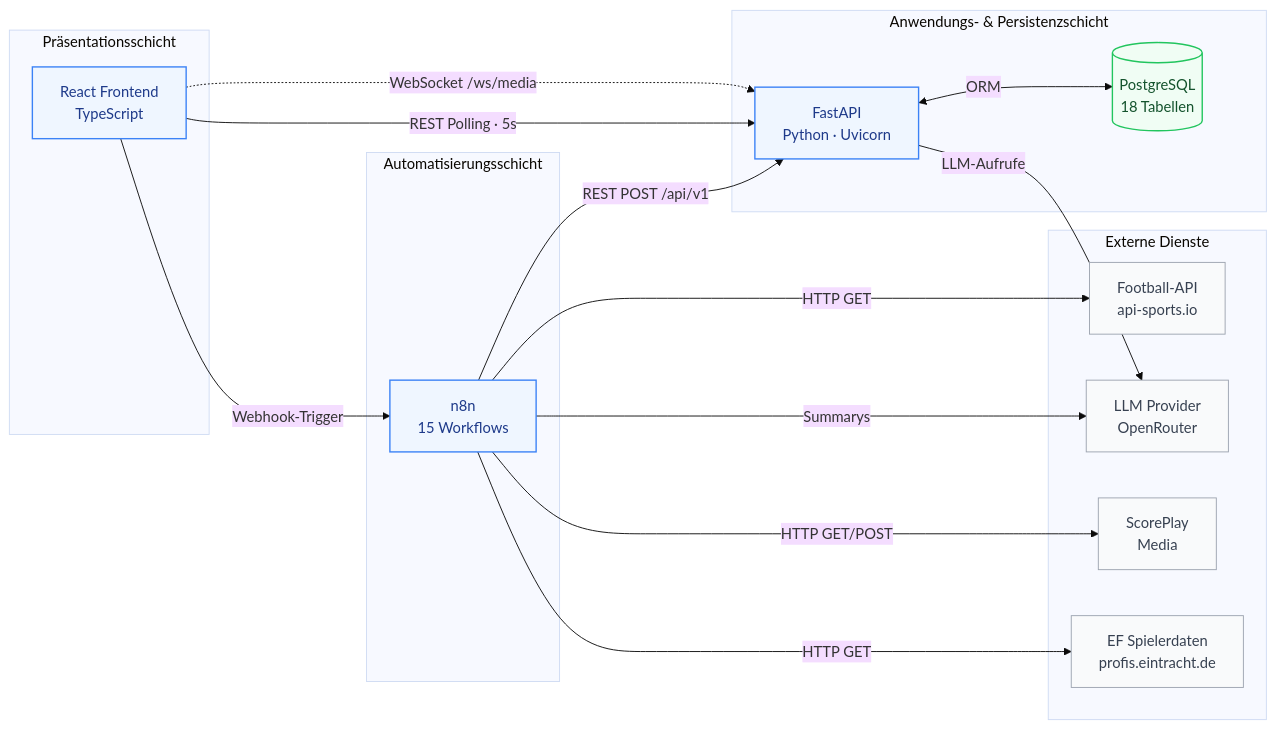
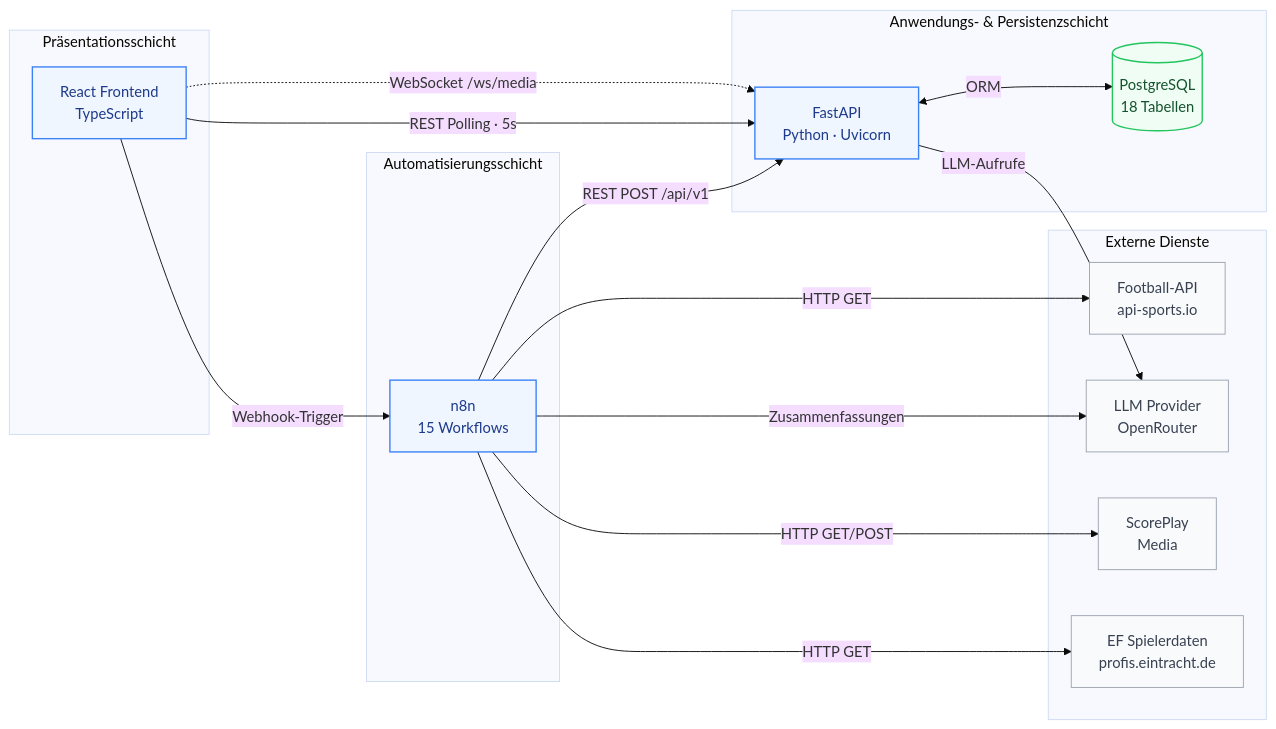
Before and after one commit to JonasKimmer/liveticker-eintracht: the first of 8 diagrams in docs/kapitel4_systemkonzeption.md, drawn with Mermaid (base theme). The commit also changed other lines of this file and 7 other files, not shown here.

````diff
--- a/docs/kapitel4_systemkonzeption.md
+++ b/docs/kapitel4_systemkonzeption.md
@@ -17,45 +17,45 @@
 ```mermaid
 graph LR
     classDef schicht fill:#EFF6FF,stroke:#3B82F6,stroke-width:1.5px,color:#1E3A8A
     classDef extern fill:#F9FAFB,stroke:#9CA3AF,stroke-width:1px,color:#374151
     classDef db fill:#F0FDF4,stroke:#22C55E,stroke-width:1.5px,color:#14532D
 
     subgraph EXT["  Externe Dienste  "]
         FAPI["Football-API\napi-sports.io"]
         LLM["LLM Provider\nOpenRouter"]
         SP["ScorePlay\nMedia"]
         EF["EF Spielerdaten\nprofis.eintracht.de"]
     end
 
     subgraph AUTO["  Automatisierungsschicht  "]
         N8N["n8n\n15 Workflows"]
     end
 
     subgraph APP["  Anwendungs- & Persistenzschicht  "]
         BE["FastAPI\nPython · Uvicorn"]
         DB[("PostgreSQL\n18 Tabellen")]
         BE <-->|"ORM"| DB
     end
 
     subgraph UI["  Präsentationsschicht  "]
         FE["React Frontend\nTypeScript"]
     end
 
     N8N -->|"HTTP GET"| FAPI
     N8N -->|"HTTP GET/POST"| SP
     N8N -->|"HTTP GET"| EF
-    N8N -->|"Summarys"| LLM
+    N8N -->|"Zusammenfassungen"| LLM
     N8N -->|"REST POST /api/v1"| BE
 
     BE -->|"LLM-Aufrufe"| LLM
 
     FE -->|"REST Polling · 5s"| BE
     FE -.->|"WebSocket /ws/media"| BE
     FE -->|"Webhook-Trigger"| N8N
 
     class FE schicht
     class BE schicht
     class N8N schicht
     class DB db
     class FAPI,LLM,SP,EF extern
 ```
````
